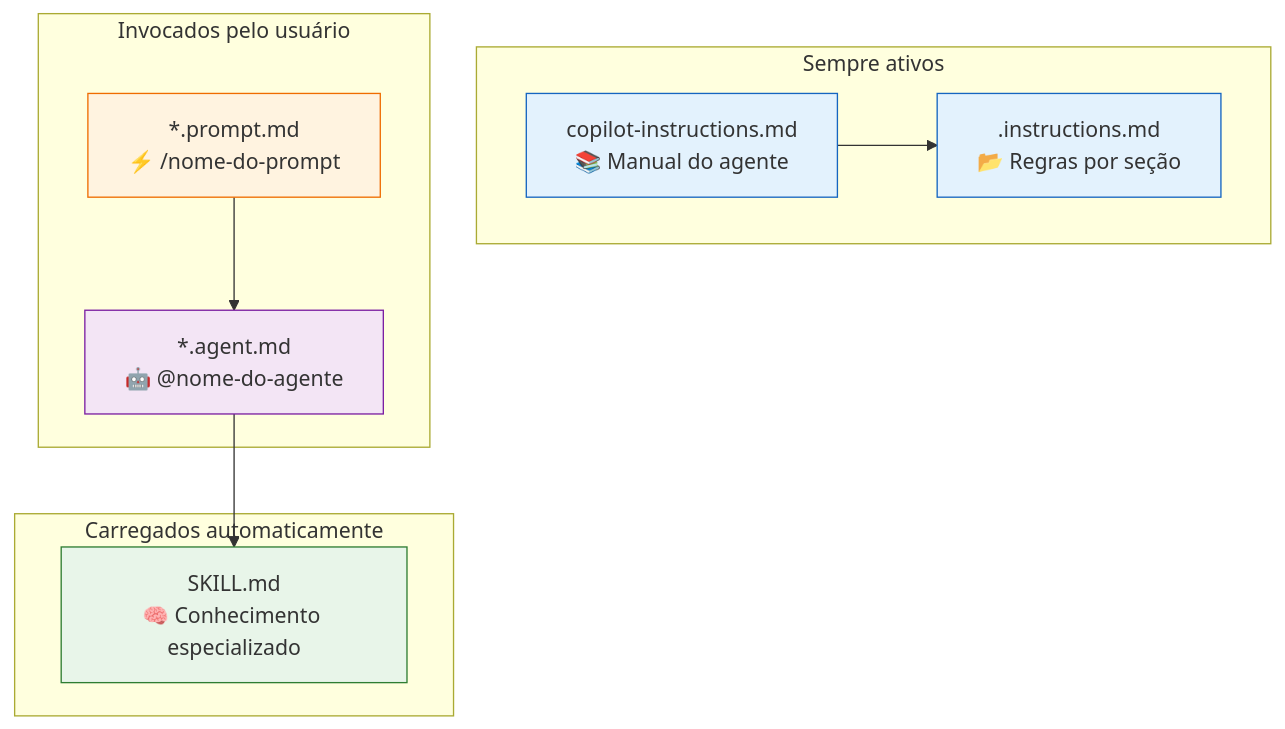
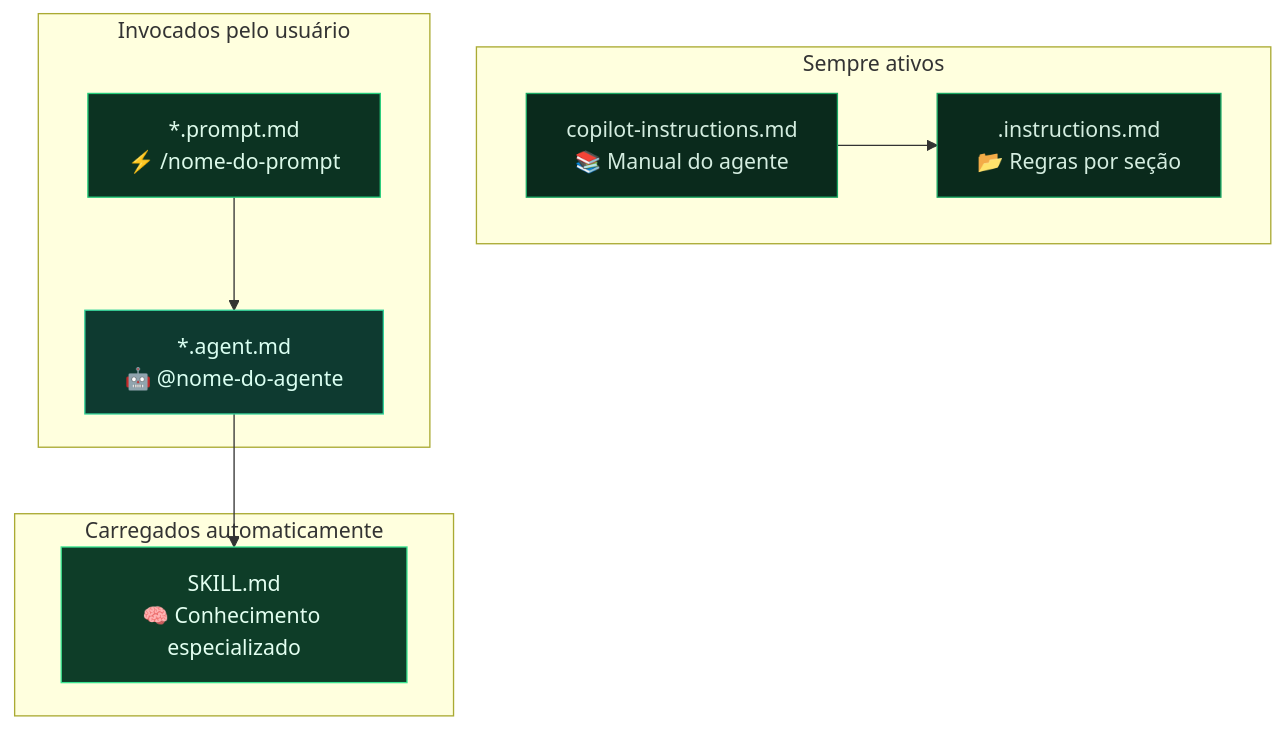
One commit to AndreBanki/github_para_docs changed the diagram in docs/04-copilot-customizacao.md. Above: the diagram before and after it, drawn with Mermaid. The commit also changed other lines of this file and 9 other files, not shown here.

````diff
--- a/docs/04-copilot-customizacao.md
+++ b/docs/04-copilot-customizacao.md
@@ -369,22 +370,22 @@
 ```mermaid
 flowchart TD
     subgraph sempre ["Sempre ativos"]
         A["copilot-instructions.md\n📚 Manual do agente"]
         B[".instructions.md\n📂 Regras por seção"]
     end
     subgraph invocados ["Invocados pelo usuário"]
         C["*.prompt.md\n⚡ /nome-do-prompt"]
         D["*.agent.md\n🤖 @nome-do-agente"]
     end
     subgraph automaticos ["Carregados automaticamente"]
         E["SKILL.md\n🧠 Conhecimento especializado"]
     end
     A --> B
     C --> D
     D --> E
-    style A fill:#e3f2fd,stroke:#1565c0
-    style B fill:#e3f2fd,stroke:#1565c0
-    style C fill:#fff3e0,stroke:#ef6c00
-    style D fill:#f3e5f5,stroke:#7b1fa2
-    style E fill:#e8f5e9,stroke:#2e7d32
+    style A fill:#0a2a1c,stroke:#1aa863,color:#d4ede0
+    style B fill:#0a2a1c,stroke:#1aa863,color:#d4ede0
+    style C fill:#0c3322,stroke:#25CE7B,color:#dcfaea
+    style D fill:#0e3a30,stroke:#34d399,color:#dafff2
+    style E fill:#0e3d28,stroke:#3BE592,color:#e3fff1
 ```
````
